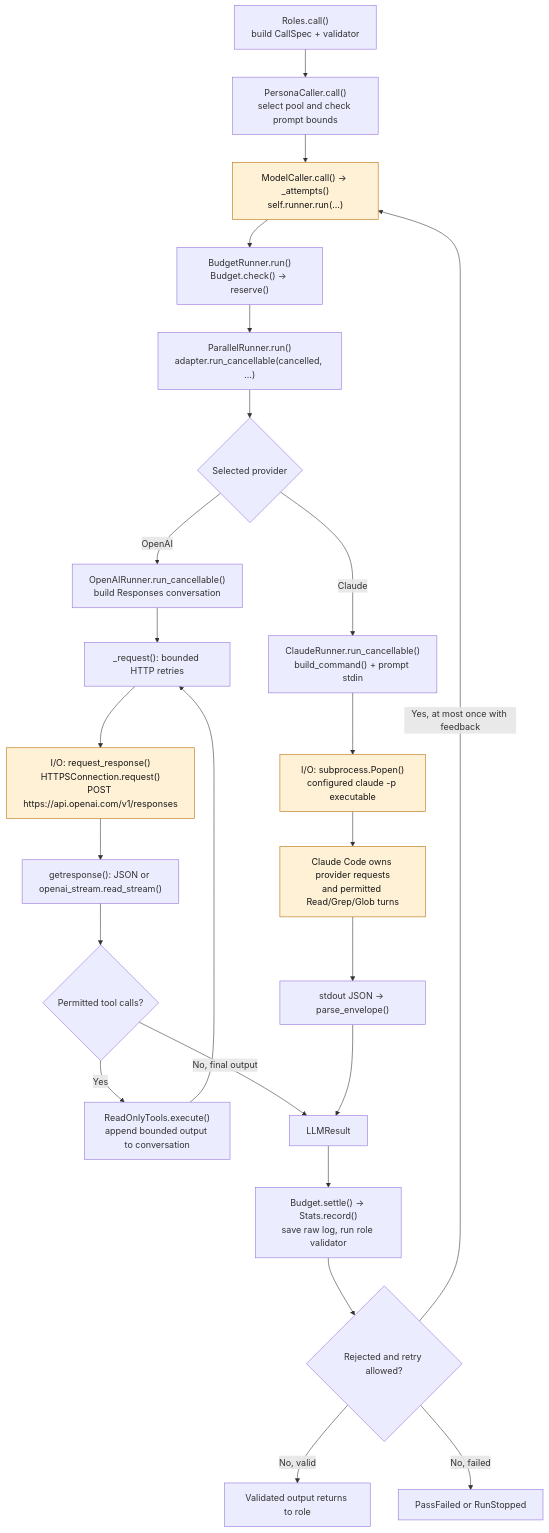
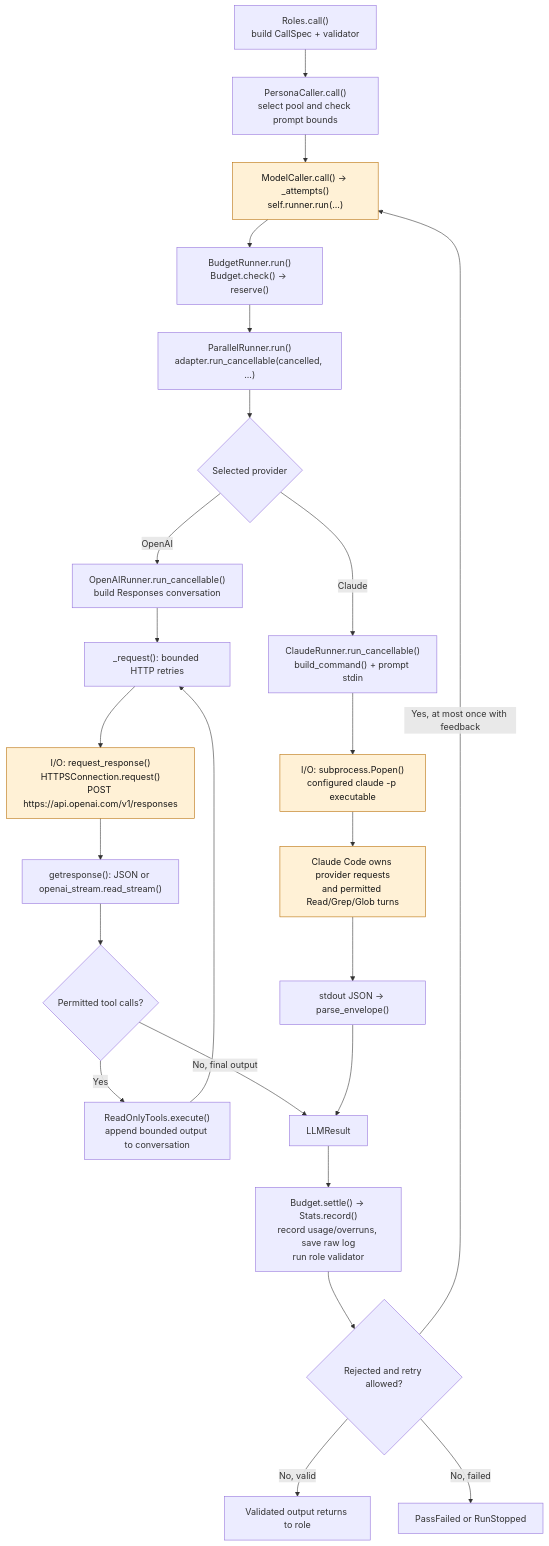
Before and after one commit to sskelkar/code-reviewer: the fourth of 6 diagrams in docs/project-explainer.md, drawn with Mermaid. The commit also changed other lines of this file and 33 other files, not shown here.

````diff
--- a/docs/project-explainer.md
+++ b/docs/project-explainer.md
@@ -171,28 +173,28 @@
 ```mermaid
 flowchart TD
     ROLE["Roles.call()<br/>build CallSpec + validator"] --> CALL["PersonaCaller.call()<br/>select pool and check prompt bounds"]
     CALL --> SHARED["ModelCaller.call() → _attempts()<br/>self.runner.run(...)"]
     SHARED --> BUDGET["BudgetRunner.run()<br/>Budget.check() → reserve()"]
     BUDGET --> PARALLEL["ParallelRunner.run()<br/>adapter.run_cancellable(cancelled, ...)"]
     PARALLEL --> CHOICE{"Selected provider"}
     CHOICE -->|Claude| NATIVE["ClaudeRunner.run_cancellable()<br/>build_command() + prompt stdin"]
     NATIVE --> PROCESS["I/O: subprocess.Popen()<br/>configured claude -p executable"]
     PROCESS --> PROVIDER["Claude Code owns provider requests<br/>and permitted Read/Grep/Glob turns"]
     PROVIDER --> PARSE["stdout JSON → parse_envelope()"]
     CHOICE -->|OpenAI| API["OpenAIRunner.run_cancellable()<br/>build Responses conversation"]
     API --> REQUEST["_request(): bounded HTTP retries"]
     REQUEST --> HTTP["I/O: request_response()<br/>HTTPSConnection.request()<br/>POST https://api.openai.com/v1/responses"]
     HTTP --> RESPONSE["getresponse(): JSON or openai_stream.read_stream()"]
     RESPONSE --> TOOLS{"Permitted tool calls?"}
     TOOLS -->|Yes| FILES["ReadOnlyTools.execute()<br/>append bounded output to conversation"]
     FILES --> REQUEST
     TOOLS -->|No, final output| RESULT["LLMResult"]
     PARSE --> RESULT
-    RESULT --> ACCOUNT["Budget.settle() → Stats.record()<br/>save raw log, run role validator"]
+    RESULT --> ACCOUNT["Budget.settle() → Stats.record()<br/>record usage/overruns, save raw log<br/>run role validator"]
     ACCOUNT --> RETRY{"Rejected and retry allowed?"}
     RETRY -->|Yes, at most once with feedback| SHARED
     RETRY -->|No, valid| RETURN["Validated output returns to role"]
     RETRY -->|No, failed| FAIL["PassFailed or RunStopped"]
     classDef llm fill:#fff1d6,stroke:#b76b00,color:#171717
     class SHARED,PROCESS,PROVIDER,HTTP llm
 ```
````
